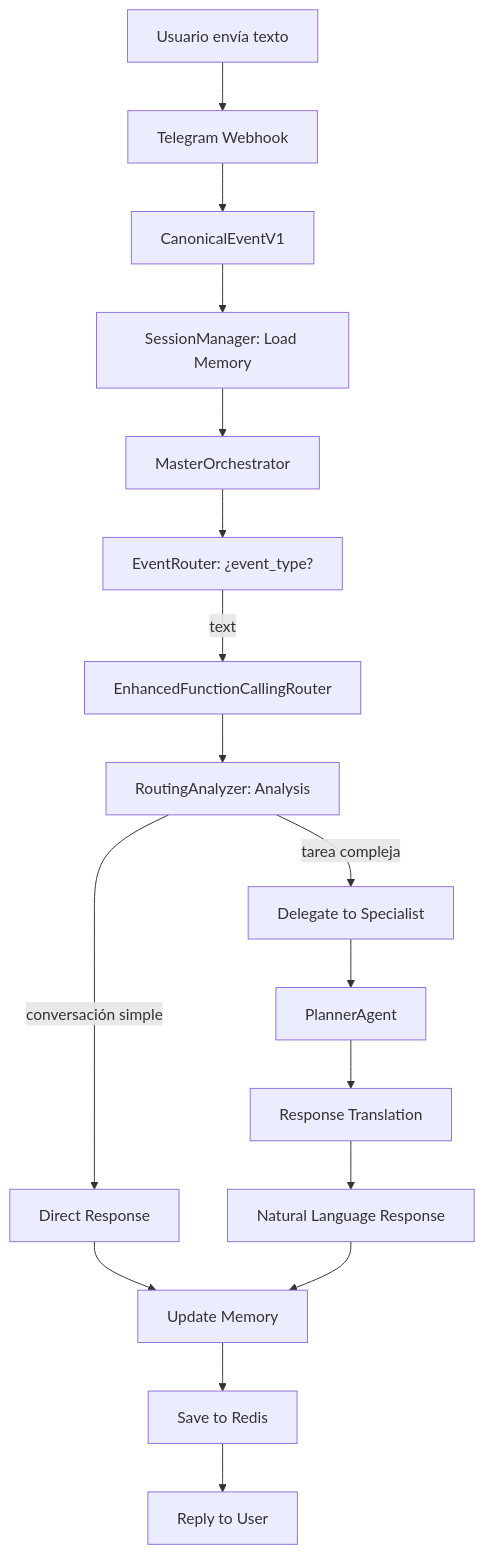
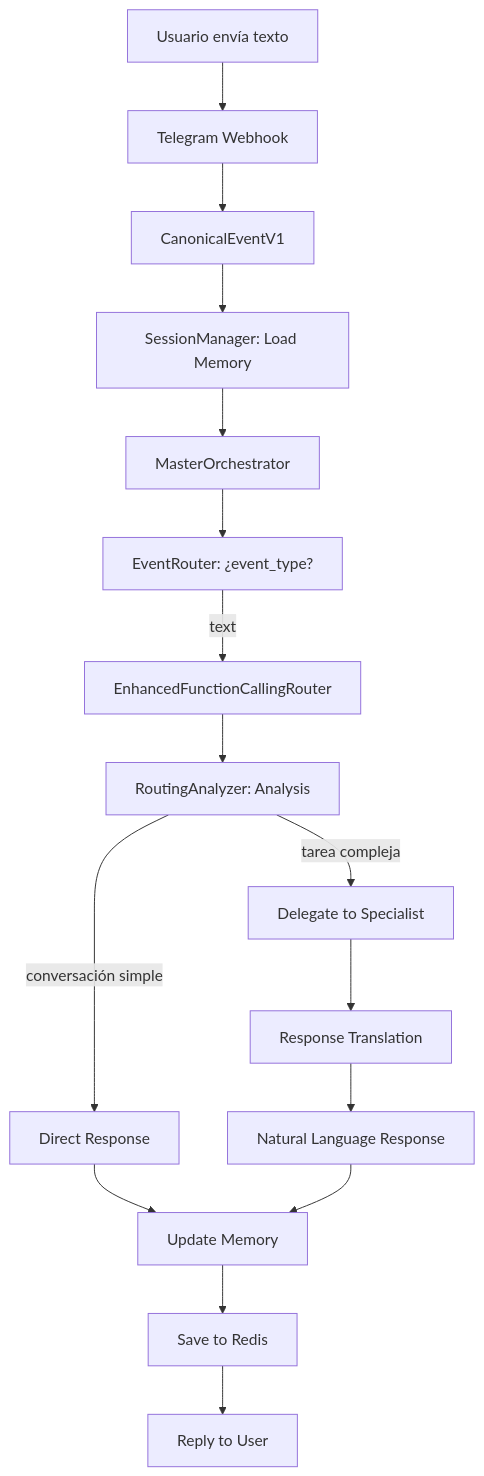
The first of 2 diagrams in docs/TECHNICAL_ARCHITECTURE.md (JhomC3/AEGEN), drawn with Mermaid before and after one commit. The commit also changed other lines of this file and 35 other files, not shown here.

````diff
--- a/docs/TECHNICAL_ARCHITECTURE.md
+++ b/docs/TECHNICAL_ARCHITECTURE.md
@@ -24,23 +24,22 @@
 ```mermaid
 graph TD
     A[Usuario envía texto] --> B[Telegram Webhook]
     B --> C[CanonicalEventV1]
     C --> D[SessionManager: Load Memory]
     D --> E[MasterOrchestrator]
 
     E --> F[EventRouter: ¿event_type?]
     F -->|text| G[EnhancedFunctionCallingRouter]
     G --> H[RoutingAnalyzer: Analysis]
 
     H -->|conversación simple| I[Direct Response]
     H -->|tarea compleja| J[Delegate to Specialist]
 
-    J --> K[PlannerAgent]
-    K --> L[Response Translation]
+    J --> L[Response Translation]
     L --> M[Natural Language Response]
 
     I --> N[Update Memory]
     M --> N
     N --> O[Save to Redis]
     O --> P[Reply to User]
 ```
````
